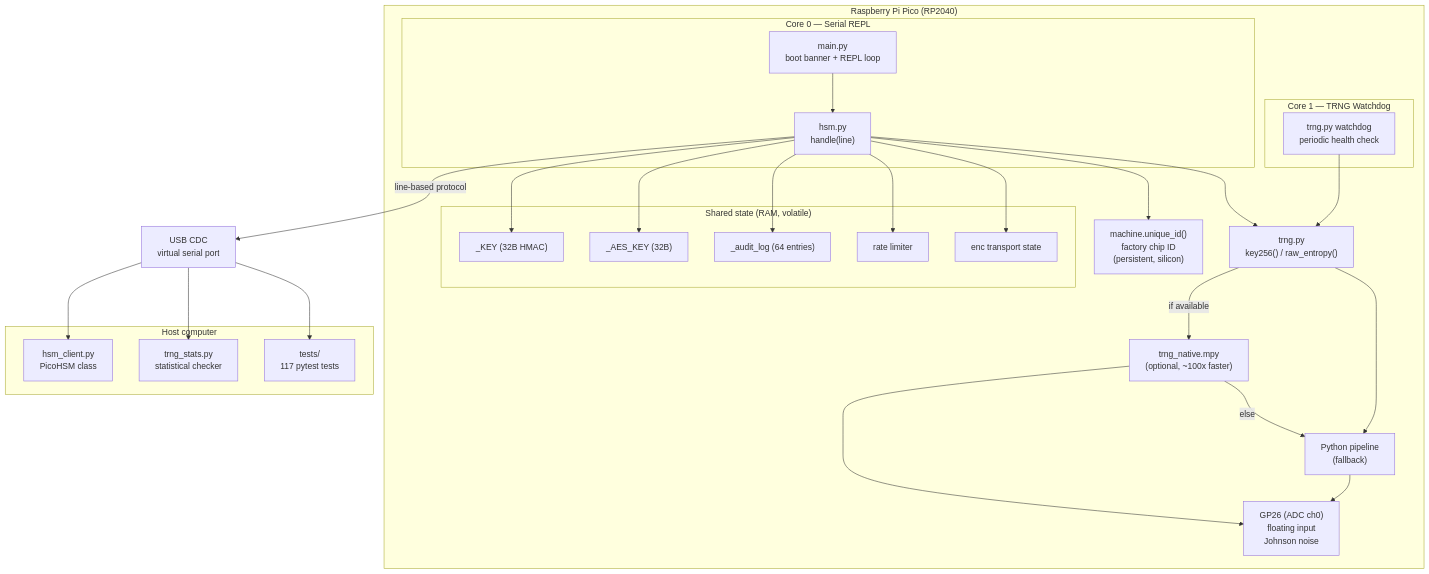
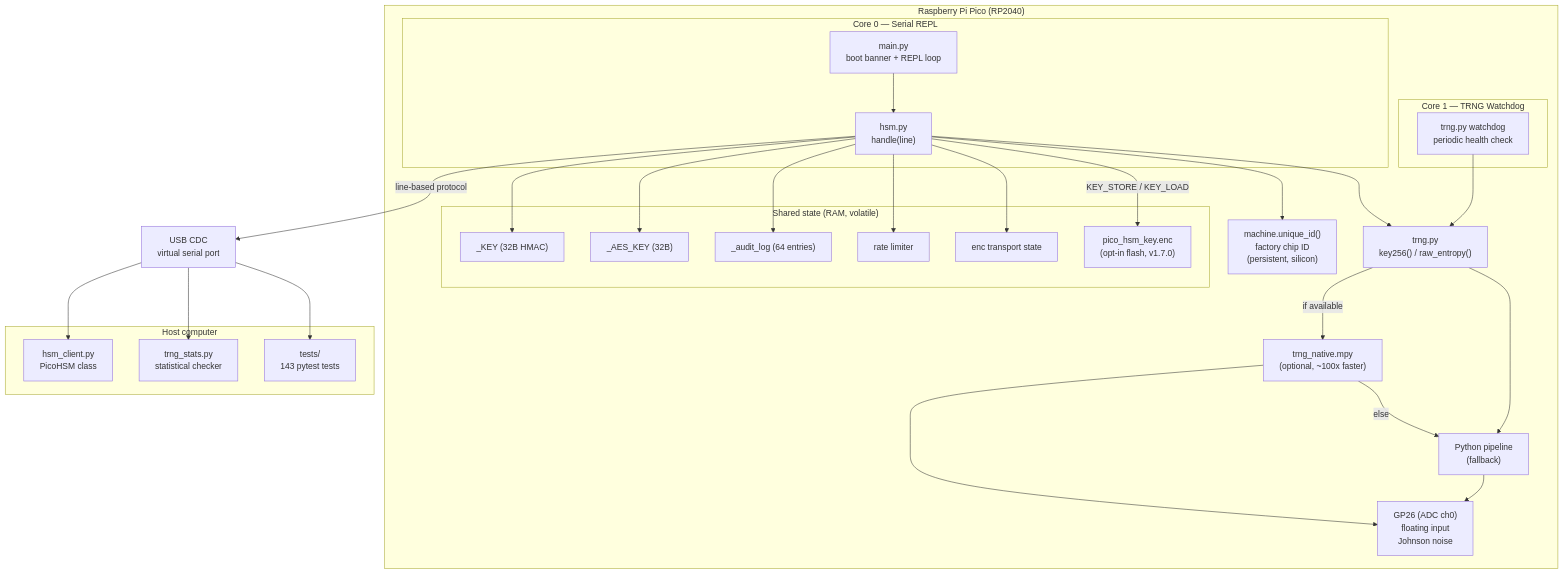
Before and after one commit to mcashdevel-ux/pico-hsm: the diagram in docs/ARCHITECTURE.md, drawn with Mermaid. The commit also changed other lines of this file and 3 other files, not shown here.

````diff
--- a/docs/ARCHITECTURE.md
+++ b/docs/ARCHITECTURE.md
@@ -279,57 +288,59 @@
 ```mermaid
 graph TB
   subgraph RP2040["Raspberry Pi Pico (RP2040)"]
     subgraph Core0["Core 0 — Serial REPL"]
       Main["main.py<br/>boot banner + REPL loop"]
       HSM["hsm.py<br/>handle(line)"]
       Main --> HSM
     end
 
     subgraph Core1["Core 1 — TRNG Watchdog"]
       WD["trng.py watchdog<br/>periodic health check"]
     end
 
     subgraph Shared["Shared state (RAM, volatile)"]
       KEY["_KEY (32B HMAC)"]
       AES["_AES_KEY (32B)"]
       AUDIT["_audit_log (64 entries)"]
       RATE["rate limiter"]
       ENC["enc transport state"]
+      PERSIST["pico_hsm_key.enc<br/>(opt-in flash, v1.7.0)"]
     end
 
     HSM --> KEY
     HSM --> AES
     HSM --> AUDIT
     HSM --> RATE
     HSM --> ENC
+    HSM -->|KEY_STORE / KEY_LOAD| PERSIST
 
     TRNG["trng.py<br/>key256() / raw_entropy()"]
     HSM --> TRNG
     WD --> TRNG
 
     Native["trng_native.mpy<br/>(optional, ~100x faster)"]
     TRNG -->|if available| Native
     Native -->|else| Python["Python pipeline<br/>(fallback)"]
     TRNG --> Python
 
     ADC["GP26 (ADC ch0)<br/>floating input<br/>Johnson noise"]
     Native --> ADC
     Python --> ADC
 
     ChipID["machine.unique_id()<br/>factory chip ID<br/>(persistent, silicon)"]
     HSM --> ChipID
   end
 
   USB["USB CDC<br/>virtual serial port"]
   HSM -->|line-based protocol| USB
 
   subgraph Host["Host computer"]
     Client["hsm_client.py<br/>PicoHSM class"]
     Stats["trng_stats.py<br/>statistical checker"]
-    Tests["tests/<br/>117 pytest tests"]
+    Tests["tests/<br/>143 pytest tests"]
   end
 
   USB --> Client
   USB --> Stats
   USB --> Tests
 ```
````
